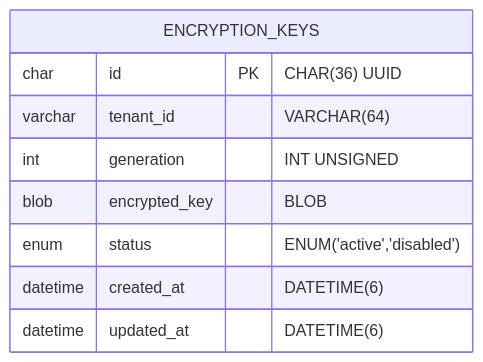
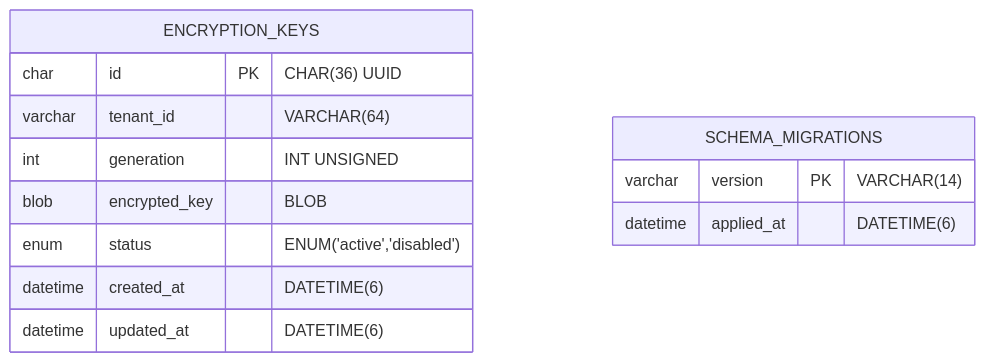
The second of 5 diagrams in docs/functional-design.md (makocchan0509/key-management), drawn with Mermaid before and after one commit. The commit also changed other lines of this file and 21 other files, not shown here.

````diff
--- a/docs/functional-design.md
+++ b/docs/functional-design.md
@@ -396,12 +419,16 @@
 ```mermaid
 erDiagram
     ENCRYPTION_KEYS {
         char id PK "CHAR(36) UUID"
         varchar tenant_id "VARCHAR(64)"
         int generation "INT UNSIGNED"
         blob encrypted_key "BLOB"
         enum status "ENUM('active','disabled')"
         datetime created_at "DATETIME(6)"
         datetime updated_at "DATETIME(6)"
     }
+    SCHEMA_MIGRATIONS {
+        varchar version PK "VARCHAR(14)"
+        datetime applied_at "DATETIME(6)"
+    }
 ```
````
